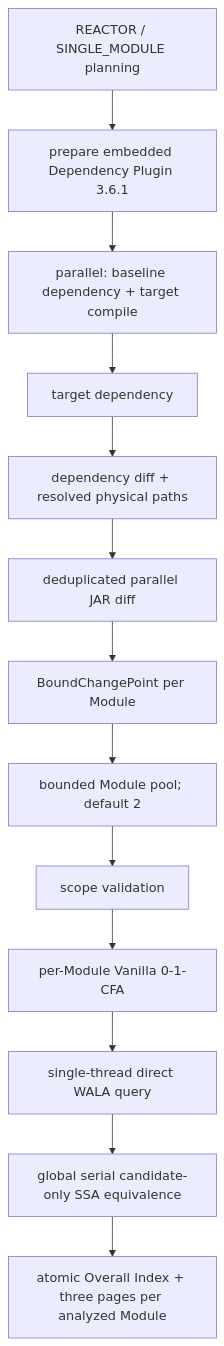
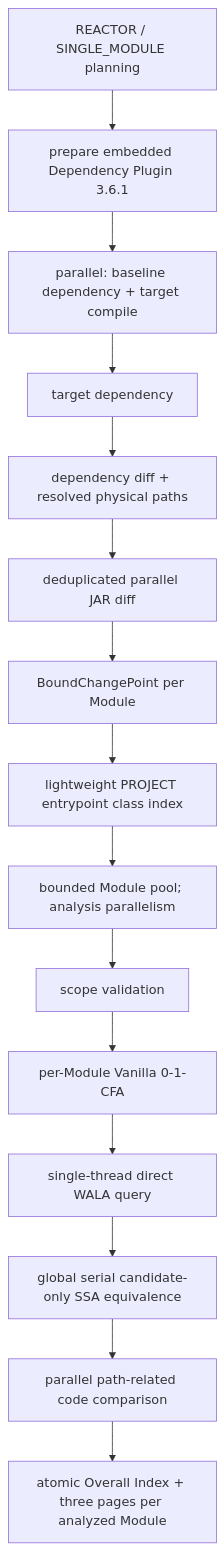
Before and after one commit to ymyii/change-impact-analyze: the diagram in wiki/architecture/dependency-analysis-pipelines.md, drawn with Mermaid. The commit also changed other lines of this file and 50 other files, not shown here.

````diff
--- a/wiki/architecture/dependency-analysis-pipelines.md
+++ b/wiki/architecture/dependency-analysis-pipelines.md
@@ -32,15 +32,17 @@
 ```mermaid
 flowchart TD
   Scope["REACTOR / SINGLE_MODULE planning"] --> Plugin["prepare embedded Dependency Plugin 3.6.1"]
   Plugin --> Front
   Front["parallel: baseline dependency + target compile"] --> TargetDep["target dependency"]
   TargetDep --> DepDiff["dependency diff + resolved physical paths"]
   DepDiff --> JarDiff["deduplicated parallel JAR diff"]
   JarDiff --> Bind["BoundChangePoint per Module"]
-  Bind --> ModulePool["bounded Module pool; default 2"]
+  Bind --> EntrySelection["lightweight PROJECT entrypoint class index"]
+  EntrySelection --> ModulePool["bounded Module pool; analysis parallelism"]
   ModulePool --> ScopeValidation["scope validation"]
   ScopeValidation --> CFA["per-Module Vanilla 0-1-CFA"]
   CFA --> Query["single-thread direct WALA query"]
   Query --> SSA["global serial candidate-only SSA equivalence"]
-  SSA --> Report["atomic Overall Index + three pages per analyzed Module"]
+  SSA --> Decompile["parallel path-related code comparison"]
+  Decompile --> Report["atomic Overall Index + three pages per analyzed Module"]
 ```
````
